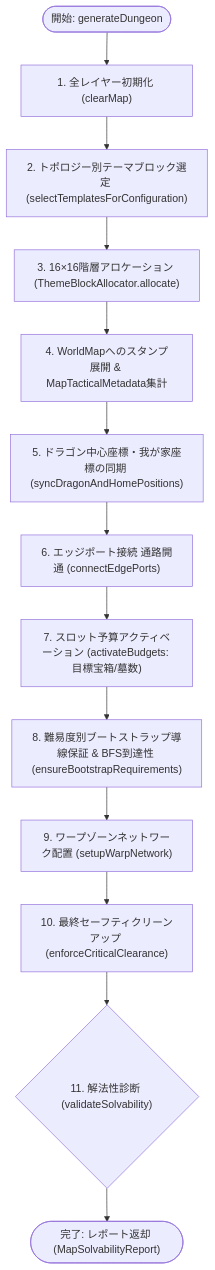
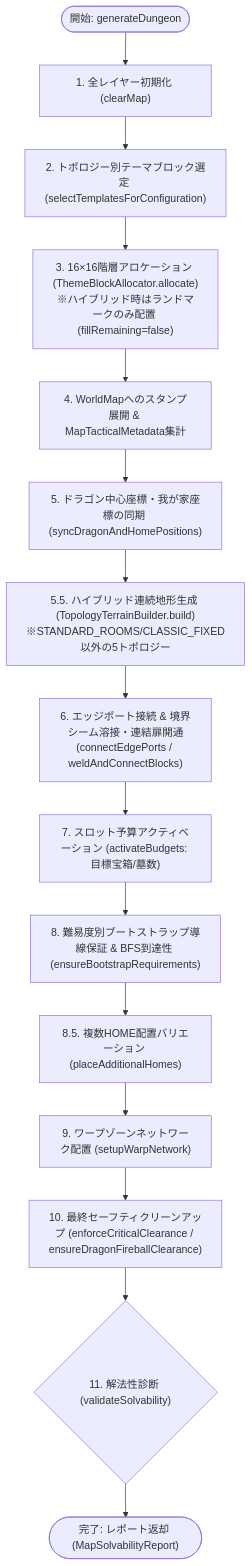
The first of 3 diagrams in docs/procedural_generation_spec.md (e3sh/ds1), drawn with Mermaid before and after one commit. The commit also changed other lines of this file and 7 other files, not shown here.

````diff
--- a/docs/procedural_generation_spec.md
+++ b/docs/procedural_generation_spec.md
@@ -60,15 +61,17 @@
 ```mermaid
 flowchart TD
     Start(["開始: generateDungeon"]) --> Step1["1. 全レイヤー初期化 (clearMap)"]
     Step1 --> Step2["2. トポロジー別テーマブロック選定 (selectTemplatesForConfiguration)"]
-    Step2 --> Step3["3. 16×16階層アロケーション (ThemeBlockAllocator.allocate)"]
+    Step2 --> Step3["3. 16×16階層アロケーション (ThemeBlockAllocator.allocate)<br/>※ハイブリッド時はランドマークのみ配置 (fillRemaining=false)"]
     Step3 --> Step4["4. WorldMapへのスタンプ展開 & MapTacticalMetadata集計"]
     Step4 --> Step5["5. ドラゴン中心座標・我が家座標の同期 (syncDragonAndHomePositions)"]
-    Step5 --> Step6["6. エッジポート接続 通路開通 (connectEdgePorts)"]
+    Step5 --> Step55["5.5. ハイブリッド連続地形生成 (TopologyTerrainBuilder.build)<br/>※STANDARD_ROOMS/CLASSIC_FIXED以外の5トポロジー"]
+    Step55 --> Step6["6. エッジポート接続 & 境界シーム溶接・連結扉開通<br/>(connectEdgePorts / weldAndConnectBlocks)"]
     Step6 --> Step7["7. スロット予算アクティベーション (activateBudgets: 目標宝箱/墓数)"]
     Step7 --> Step8["8. 難易度別ブートストラップ導線保証 & BFS到達性 (ensureBootstrapRequirements)"]
-    Step8 --> Step9["9. ワープゾーンネットワーク配置 (setupWarpNetwork)"]
-    Step9 --> Step10["10. 最終セーフティクリーンアップ (enforceCriticalClearance)"]
+    Step8 --> Step85["8.5. 複数HOME配置バリエーション (placeAdditionalHomes)"]
+    Step85 --> Step9["9. ワープゾーンネットワーク配置 (setupWarpNetwork)"]
+    Step9 --> Step10["10. 最終セーフティクリーンアップ (enforceCriticalClearance / ensureDragonFireballClearance)"]
     Step10 --> SolvCheck{"11. 解法性診断 (validateSolvability)"}
     SolvCheck --> End(["完了: レポート返却 (MapSolvabilityReport)"])
 ```
````
